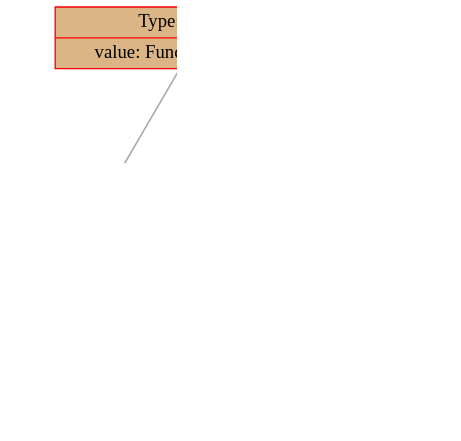
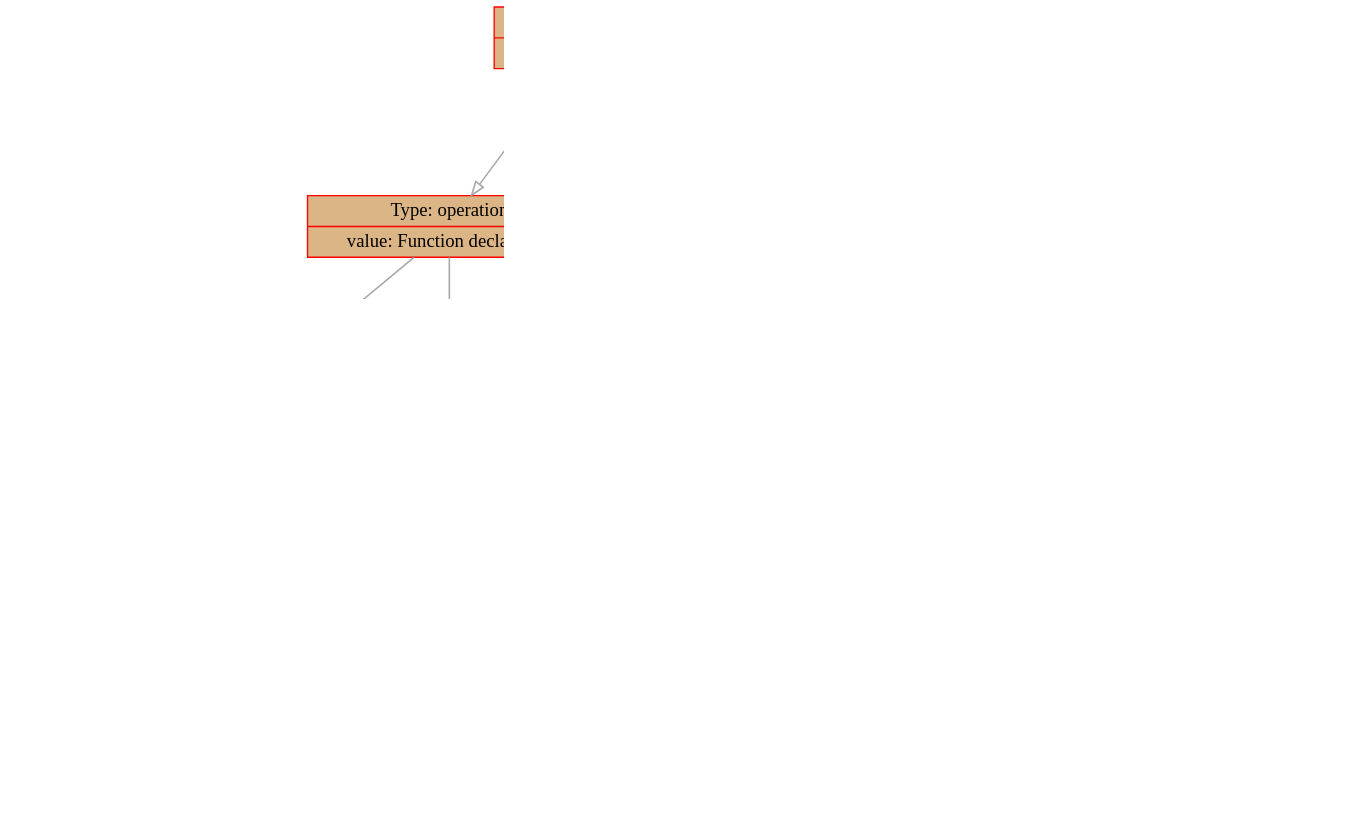
The diagram in backend/data/graph.dot (dodokek/ProgrammingLanguage), drawn with Graphviz before and after one commit. The commit also changed 4 other files, not shown here.

```diff
--- a/backend/data/graph.dot
+++ b/backend/data/graph.dot
@@ -1,25 +1,55 @@
 
     digraph g {
         dpi      = 200;
         fontname = "Comic Sans MS";
         fontsize = 20;
         rankdir   =  TB;
         edge [color = darkgrey, arrowhead = onormal, arrowsize = 1, penwidth = 1.2]
         graph[fillcolor = lightgreen, ranksep = 1.3, nodesep = 0.5,
         style = "rounded, filled",color = green, penwidth = 2]
 
-    Node00000220cef61840[shape=record, width=0.2, style="filled", color="red", fillcolor="#DBB585",label=" {Type: operation | value: Function declaration}"] 
+    Node00000273c04c6780[shape=record, width=0.2, style="filled", color="red", fillcolor="#DBB585",label=" {Type: operation | value: Statement}"] 
  
-Node00000220cef61780[shape=record, width=0.2, style="filled", color="red", fillcolor="#19DB27",label=" {Function name |Name: main}"] 
+Node00000273c04c1d70[shape=record, width=0.2, style="filled", color="red", fillcolor="#DBB585",label=" {Type: operation | value: Function declaration}"] 
  
-Node00000220cef61810[shape=record, width=0.2, style="filled", color="red", fillcolor="#DBB585",label=" {Type: operation | value: +}"] 
+Node00000273c04c1c50[shape=record, width=0.2, style="filled", color="red", fillcolor="#19DB27",label=" {Function name |Name: main}"] 
  
-Node00000220cef617b0[shape=record, width=0.2, style="filled", color="red", fillcolor="#DB8E21",label=" {Type: number | value: 1}"] 
+Node00000273c04c1d40[shape=record, width=0.2, style="filled", color="red", fillcolor="#DBB585",label=" {Type: operation | value: Statement}"] 
  
-Node00000220cef617e0[shape=record, width=0.2, style="filled", color="red", fillcolor="#DB8E21",label=" {Type: number | value: 1}"] 
+Node00000273c04c1ce0[shape=record, width=0.2, style="filled", color="red", fillcolor="#DBB585",label=" {Type: operation | value: +}"] 
  
-Node00000220cef61840->Node00000220cef61780
-Node00000220cef61840->Node00000220cef61810
-Node00000220cef61810->Node00000220cef617b0
-Node00000220cef61810->Node00000220cef617e0
+Node00000273c04c1c80[shape=record, width=0.2, style="filled", color="red", fillcolor="#DB8E21",label=" {Type: number | value: 1}"] 
+ 
+Node00000273c04c1cb0[shape=record, width=0.2, style="filled", color="red", fillcolor="#DB8E21",label=" {Type: number | value: 1}"] 
+ 
+Node00000273c04c1d10[shape=record, width=0.2, style="filled", color="red", fillcolor="#DBB585",label=" {Type: operation | value: Return of function}"] 
+ 
+Node00000273c04c6700[shape=record, width=0.2, style="filled", color="red", fillcolor="#DBB585",label=" {Type: operation | value: if}"] 
+ 
+Node00000273c04c6640[shape=record, width=0.2, style="filled", color="red", fillcolor="#DBB585",label=" {Type: operation | value: ==}"] 
+ 
+Node00000273c04c1da0[shape=record, width=0.2, style="filled", color="red", fillcolor="#DB8E21",label=" {Type: number | value: 2}"] 
+ 
+Node00000273c04c6610[shape=record, width=0.2, style="filled", color="red", fillcolor="#DB8E21",label=" {Type: number | value: 5}"] 
+ 
+Node00000273c04c66d0[shape=record, width=0.2, style="filled", color="red", fillcolor="#DBB585",label=" {Type: operation | value: else}"] 
+ 
+Node00000273c04c6670[shape=record, width=0.2, style="filled", color="red", fillcolor="#DB8E21",label=" {Type: number | value: 1}"] 
+ 
+Node00000273c04c66a0[shape=record, width=0.2, style="filled", color="red", fillcolor="#DB8E21",label=" {Type: number | value: 2}"] 
+ 
+Node00000273c04c6780->Node00000273c04c1d70
+Node00000273c04c1d70->Node00000273c04c1c50
+Node00000273c04c1d70->Node00000273c04c1d40
+Node00000273c04c1d40->Node00000273c04c1ce0
+Node00000273c04c1ce0->Node00000273c04c1c80
+Node00000273c04c1ce0->Node00000273c04c1cb0
+Node00000273c04c1d40->Node00000273c04c1d10
+Node00000273c04c6780->Node00000273c04c6700
+Node00000273c04c6700->Node00000273c04c6640
+Node00000273c04c6640->Node00000273c04c1da0
+Node00000273c04c6640->Node00000273c04c6610
+Node00000273c04c6700->Node00000273c04c66d0
+Node00000273c04c66d0->Node00000273c04c6670
+Node00000273c04c66d0->Node00000273c04c66a0
 }
```
